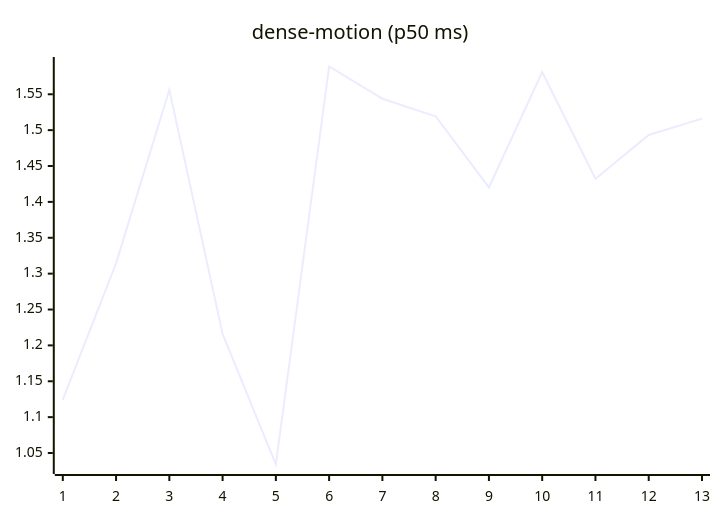
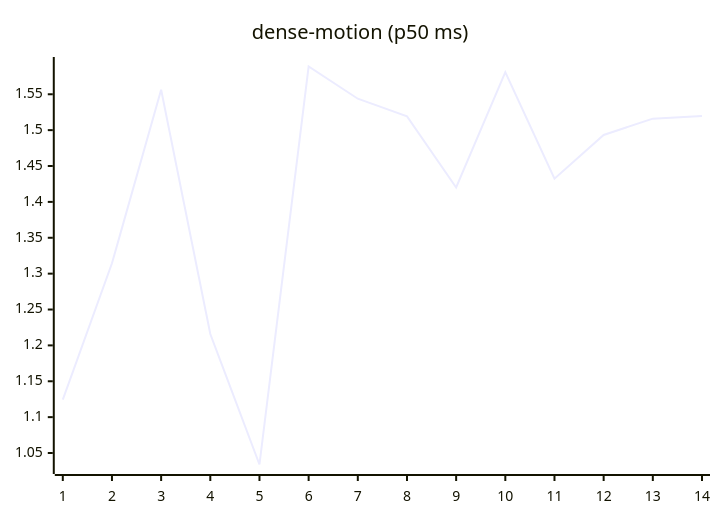
Before and after one commit to josha/Facet: the ninth of 27 diagrams in README.md, drawn with Mermaid. The commit also changed other lines of this file and 2 other files, not shown here.

````diff
--- a/README.md
+++ b/README.md
@@ -119,6 +119,6 @@
 ```mermaid
 xychart-beta
     title "dense-motion (p50 ms)"
-    x-axis 1 --> 13
-    line [1.1243, 1.3144, 1.5562, 1.2159, 1.0340, 1.5887, 1.5438, 1.5193, 1.4201, 1.5809, 1.4323, 1.4933, 1.5160]
+    x-axis 1 --> 14
+    line [1.1243, 1.3144, 1.5562, 1.2159, 1.0340, 1.5887, 1.5438, 1.5193, 1.4201, 1.5809, 1.4323, 1.4933, 1.5160, 1.5198]
 ```
````
